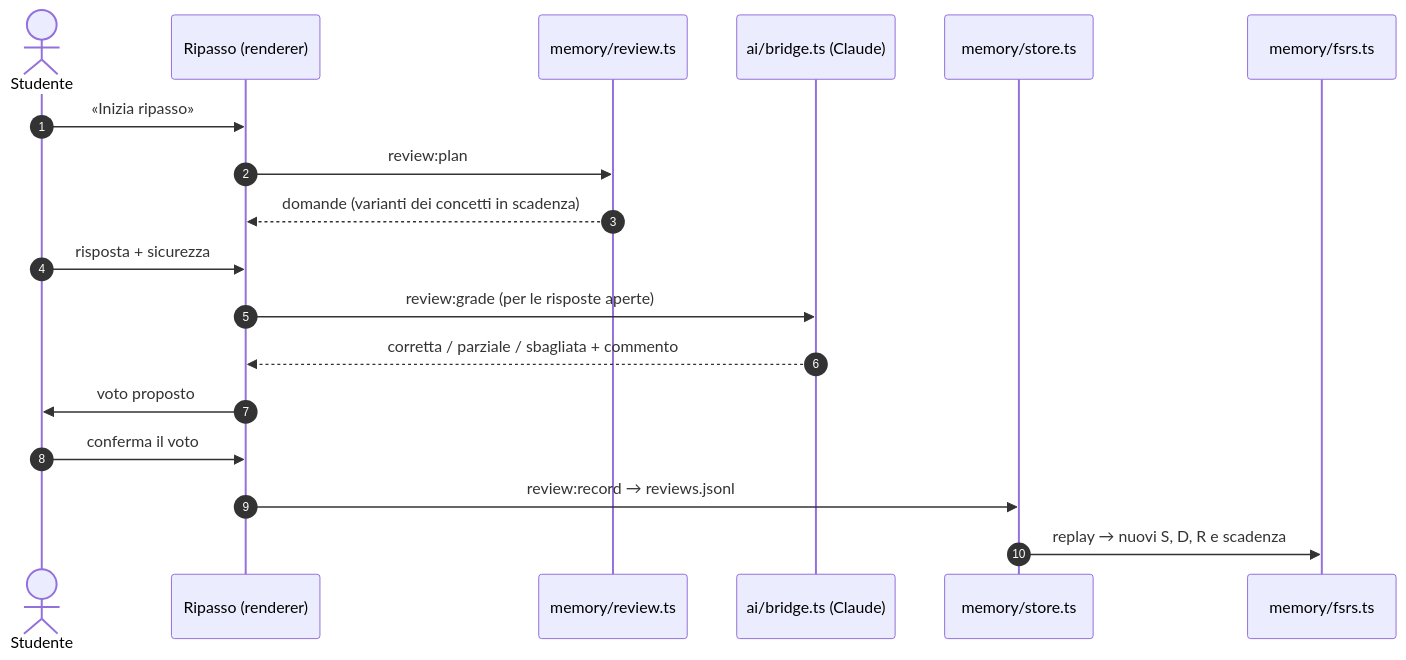
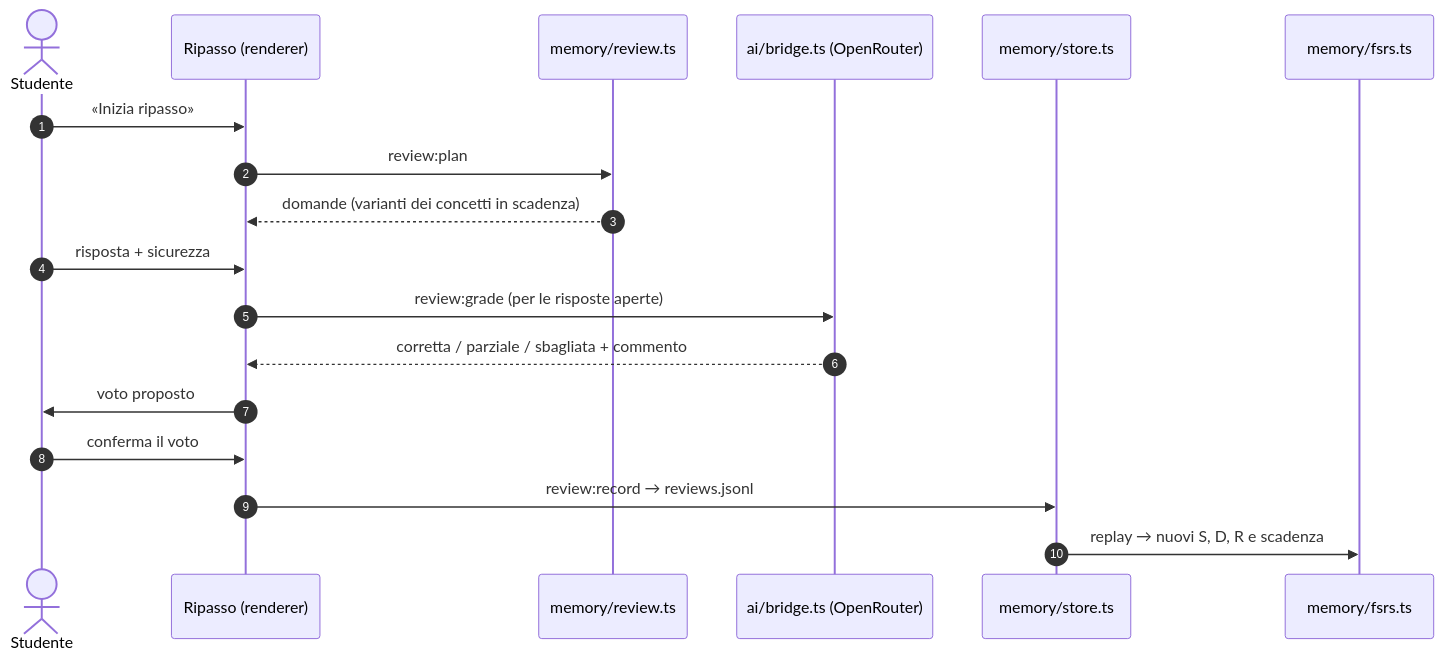
Before and after one commit to andrevvuuuu/sinapsi: the fourth of 6 diagrams in docs/ARCHITECTURE.md, drawn with Mermaid. The commit also changed other lines of this file and 4 other files, not shown here.

Commit message:
docs: update documentation for OpenRouter API and generalization

````diff
--- a/docs/ARCHITECTURE.md
+++ b/docs/ARCHITECTURE.md
@@ -453,21 +446,21 @@
 ```mermaid
 sequenceDiagram
     autonumber
     actor Studente
     participant UI as Ripasso (renderer)
     participant Svc as memory/review.ts
-    participant AI as ai/bridge.ts (Claude)
+    participant AI as ai/bridge.ts (OpenRouter)
     participant Store as memory/store.ts
     participant FSRS as memory/fsrs.ts
 
     Studente->>UI: «Inizia ripasso»
     UI->>Svc: review:plan
     Svc-->>UI: domande (varianti dei concetti in scadenza)
     Studente->>UI: risposta + sicurezza
     UI->>AI: review:grade (per le risposte aperte)
     AI-->>UI: corretta / parziale / sbagliata + commento
     UI->>Studente: voto proposto
     Studente->>UI: conferma il voto
     UI->>Store: review:record → reviews.jsonl
     Store->>FSRS: replay → nuovi S, D, R e scadenza
 ```
````
